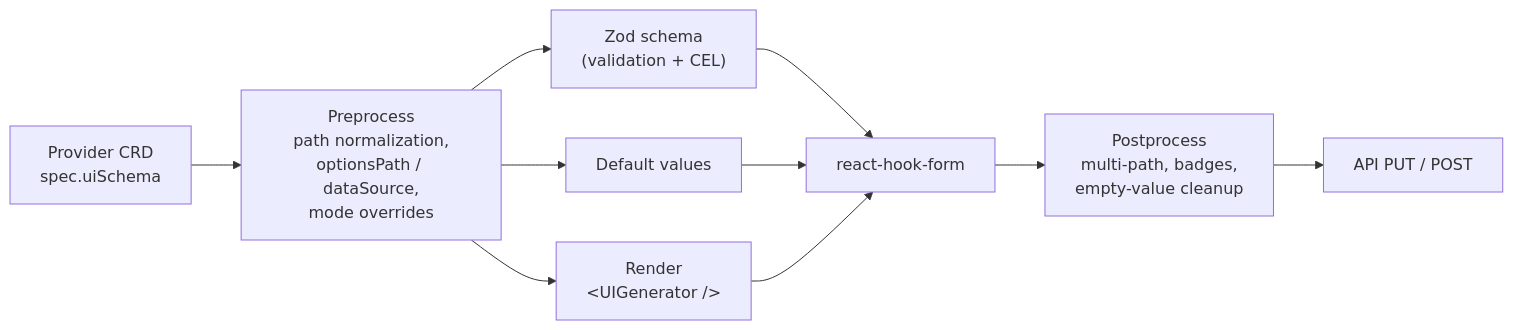
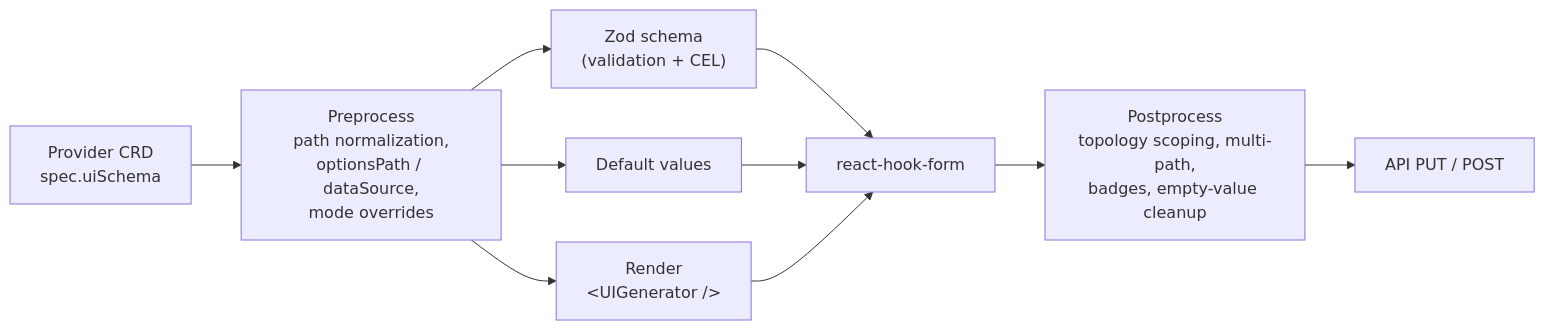
Before and after one commit to openeverest/openeverest: the diagram in docs/ui/architecture/ui-generator/README.md, drawn with Mermaid. The commit also changed other lines of this file and 7 other files, not shown here.

````diff
--- a/docs/ui/architecture/ui-generator/README.md
+++ b/docs/ui/architecture/ui-generator/README.md
@@ -24,12 +24,12 @@
 ```mermaid
 flowchart LR
   CRD["Provider CRD<br/>spec.uiSchema"] --> PRE["Preprocess<br/>path normalization,<br/>optionsPath / dataSource,<br/>mode overrides"]
   PRE --> ZOD["Zod schema<br/>(validation + CEL)"]
   PRE --> DEF["Default values"]
   PRE --> REN["Render<br/>&lt;UIGenerator /&gt;"]
   ZOD --> RHF["react-hook-form"]
   DEF --> RHF
   REN --> RHF
-  RHF --> POST["Postprocess<br/>multi-path, badges,<br/>empty-value cleanup"]
+  RHF --> POST["Postprocess<br/>topology scoping, multi-path,<br/>badges, empty-value cleanup"]
   POST --> API["API PUT / POST"]
 ```
````
